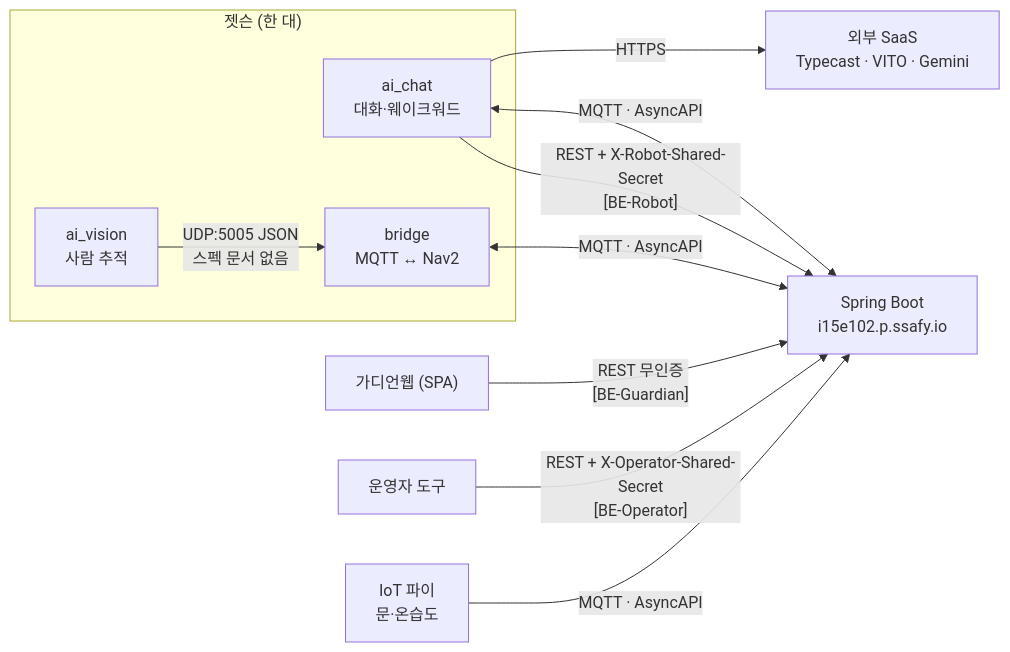
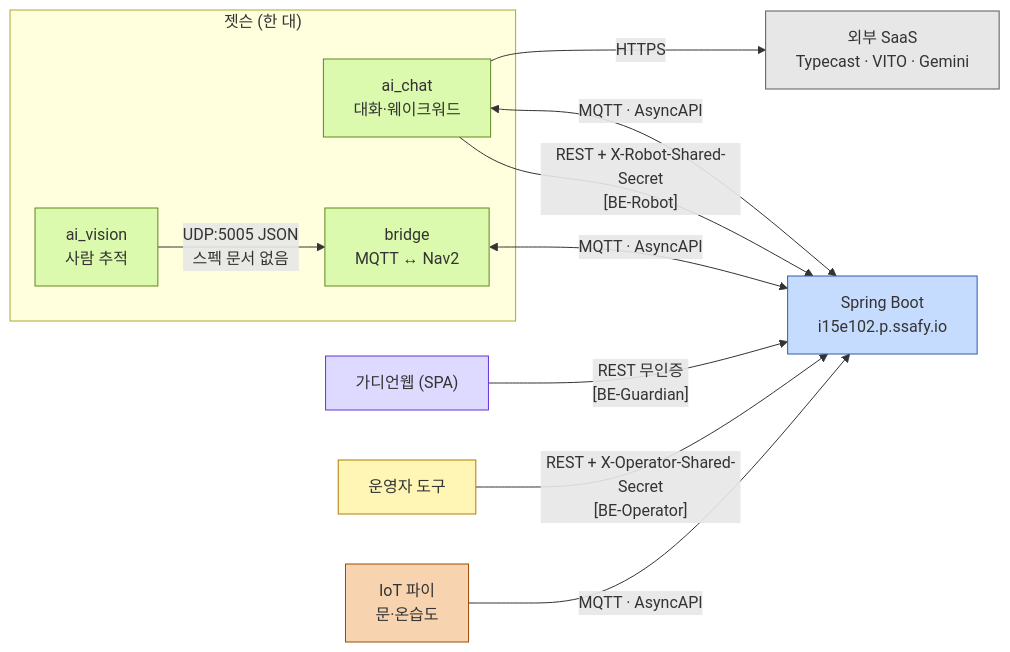
One commit to bomi-aiot/BOMI changed the first of 2 diagrams in docs/api/README.md. Above: the diagram before and after it, drawn with Mermaid. The commit also changed other lines of this file and 13 other files, not shown here.

First line of the commit message:
docs: 문서 다이어그램 팔레트 통일과 배치 정리

````diff
--- a/docs/api/README.md
+++ b/docs/api/README.md
@@ -13,22 +13,29 @@
 ```mermaid
 graph LR
+    classDef robot fill:#dbfaad,stroke:#608520
+    classDef be fill:#c6dcff,stroke:#305bab
+    classDef fe fill:#dedaff,stroke:#6631d7
+    classDef iot fill:#f8d3af,stroke:#9b4a07
+    classDef op fill:#fff6b6,stroke:#af7e02
+    classDef ext fill:#e7e7e7,stroke:#595959
+
     subgraph 로봇["젯슨 (한 대)"]
-        AC["ai_chat<br/>대화·웨이크워드"]
-        AV["ai_vision<br/>사람 추적"]
-        BR["bridge<br/>MQTT ↔ Nav2"]
+        AC["ai_chat<br/>대화·웨이크워드"]:::robot
+        AV["ai_vision<br/>사람 추적"]:::robot
+        BR["bridge<br/>MQTT ↔ Nav2"]:::robot
     end
-    SAAS["외부 SaaS<br/>Typecast · VITO · Gemini"]
-    FE["가디언웹 (SPA)"]
-    OP["운영자 도구"]
-    IOT["IoT 파이<br/>문·온습도"]
-    BE["Spring Boot<br/>i15e102.p.ssafy.io"]
+    SAAS["외부 SaaS<br/>Typecast · VITO · Gemini"]:::ext
+    FE["가디언웹 (SPA)"]:::fe
+    OP["운영자 도구"]:::op
+    IOT["IoT 파이<br/>문·온습도"]:::iot
+    BE["Spring Boot<br/>i15e102.p.ssafy.io"]:::be
 
     AC -->|"REST + X-Robot-Shared-Secret<br/>[BE-Robot]"| BE
     FE -->|"REST 무인증<br/>[BE-Guardian]"| BE
     OP -->|"REST + X-Operator-Shared-Secret<br/>[BE-Operator]"| BE
     AC <-->|"MQTT · AsyncAPI"| BE
     BR <-->|"MQTT · AsyncAPI"| BE
     IOT -->|"MQTT · AsyncAPI"| BE
     AV -->|"UDP:5005 JSON<br/>스펙 문서 없음"| BR
     AC -->|HTTPS| SAAS
 ```
````
